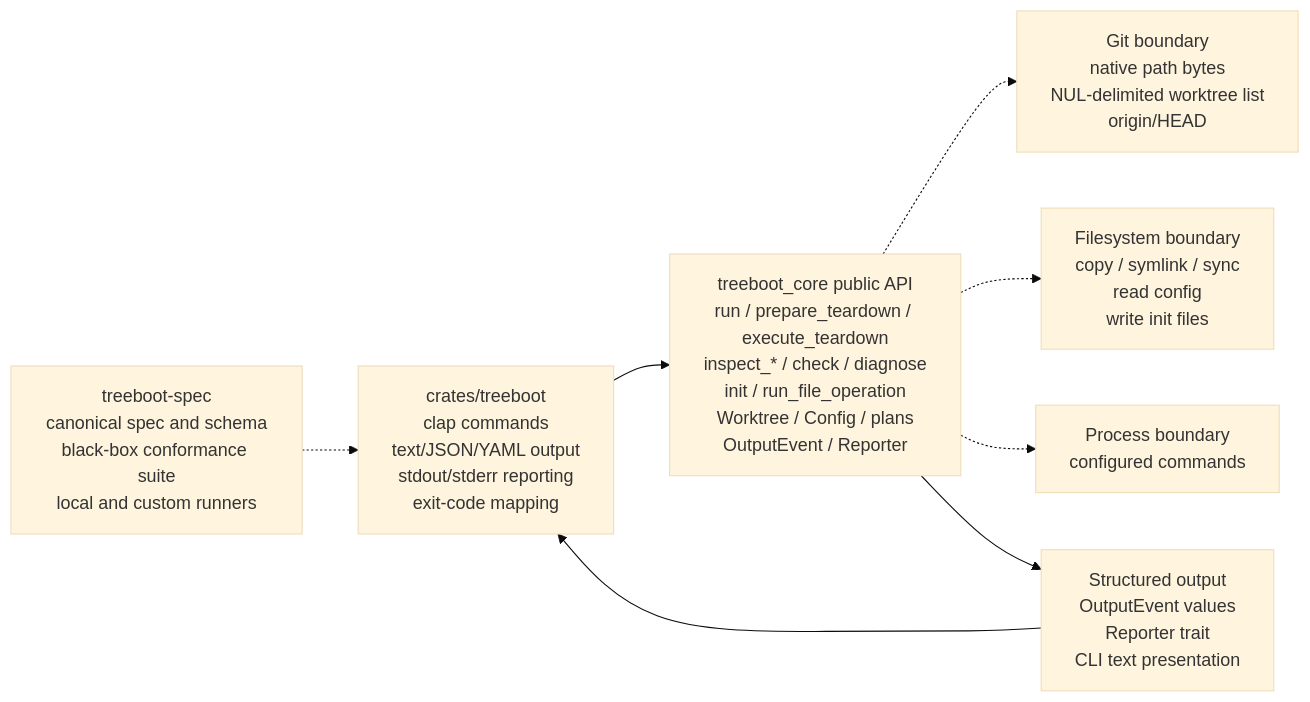
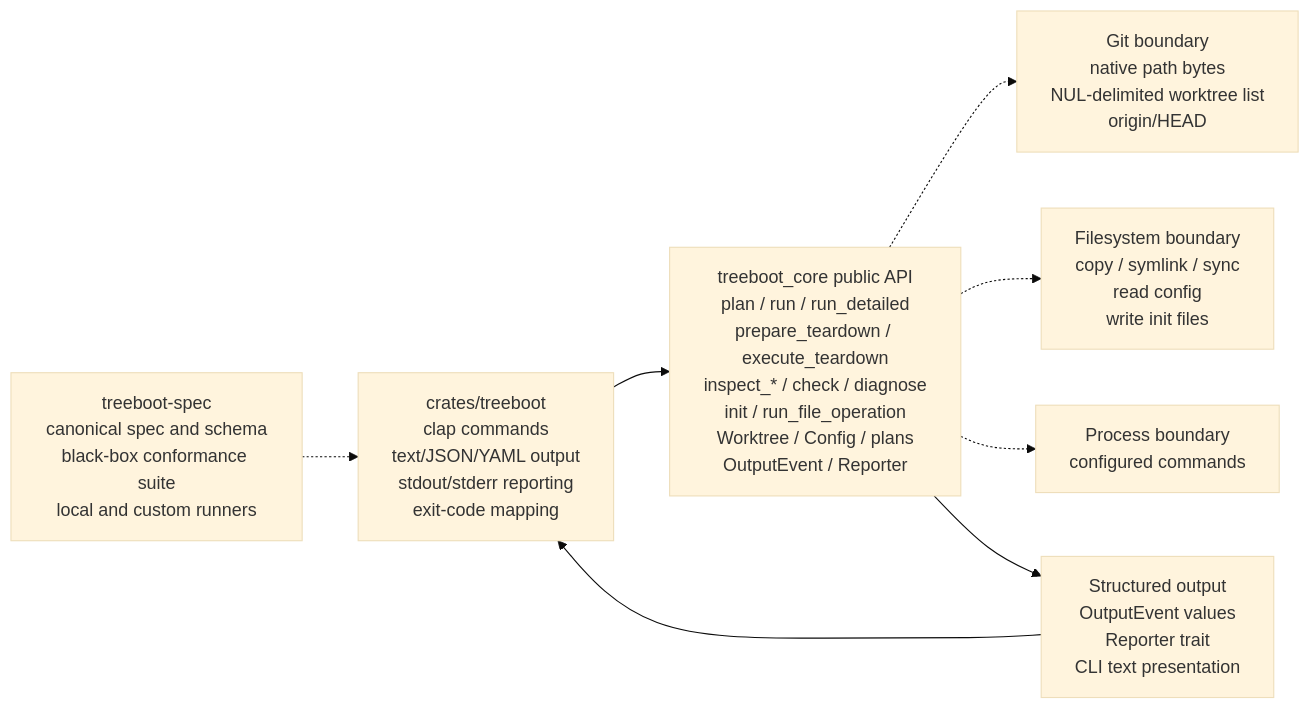
The first of 7 diagrams in docs/ARCHITECTURE.md (jimeh/treeboot), drawn with Mermaid (base theme) before and after one commit. The commit also changed other lines of this file and 31 other files, not shown here.

````diff
--- a/docs/ARCHITECTURE.md
+++ b/docs/ARCHITECTURE.md
@@ -22,18 +22,18 @@
 ```mermaid
 flowchart LR
   CLI["crates/treeboot<br/>clap commands<br/>text/JSON/YAML output<br/>stdout/stderr reporting<br/>exit-code mapping"]
-  API["treeboot_core public API<br/>run / prepare_teardown / execute_teardown<br/>inspect_* / check / diagnose<br/>init / run_file_operation<br/>Worktree / Config / plans<br/>OutputEvent / Reporter"]
+  API["treeboot_core public API<br/>plan / run / run_detailed<br/>prepare_teardown / execute_teardown<br/>inspect_* / check / diagnose<br/>init / run_file_operation<br/>Worktree / Config / plans<br/>OutputEvent / Reporter"]
   GIT["Git boundary<br/>native path bytes<br/>NUL-delimited worktree list<br/>origin/HEAD"]
   FS["Filesystem boundary<br/>copy / symlink / sync<br/>read config<br/>write init files"]
   PROC["Process boundary<br/>configured commands"]
   OUT["Structured output<br/>OutputEvent values<br/>Reporter trait<br/>CLI text presentation"]
   SPEC["treeboot-spec<br/>canonical spec and schema<br/>black-box conformance suite<br/>local and custom runners"]
 
   CLI --> API
   API -.-> GIT
   API -.-> FS
   API -.-> PROC
   API --> OUT
   OUT --> CLI
   SPEC -.-> CLI
 ```
````
